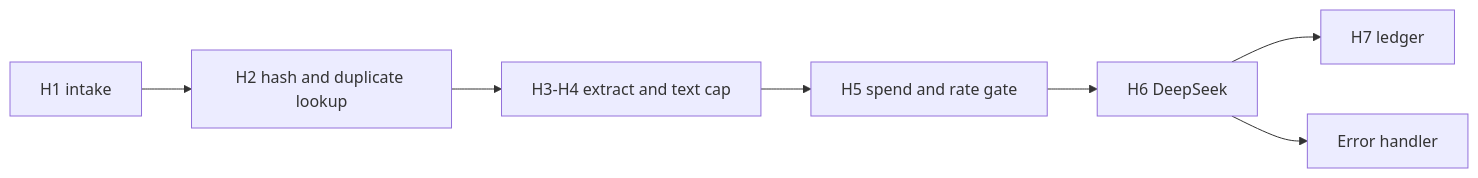
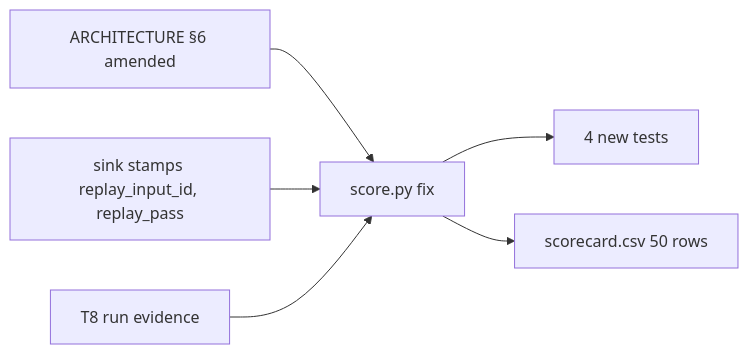
One commit to beyondalgorithms2026-source/Rescue_Diagnostic changed the diagram in .ai/REVIEW.md. Above: the diagram before and after it, drawn with Mermaid. The commit also changed other lines of this file and 6 other files, not shown here.

````diff
--- a/.ai/REVIEW.md
+++ b/.ai/REVIEW.md
@@ -7,5 +8,8 @@
 ```mermaid
 flowchart LR
-  Intake[H1 intake] --> Hash[H2 hash and duplicate lookup] --> Extract[H3-H4 extract and text cap] --> Gate[H5 spend and rate gate] --> LLM[H6 DeepSeek] --> Ledger[H7 ledger]
-  LLM --> Error[Error handler]
+  Arch[ARCHITECTURE §6 amended] --> Score[score.py fix]
+  Sink[sink stamps replay_input_id, replay_pass] --> Score
+  Score --> Tests[4 new tests]
+  Run[T8 run evidence] --> Score
+  Score --> Card[scorecard.csv 50 rows]
 ```
````
